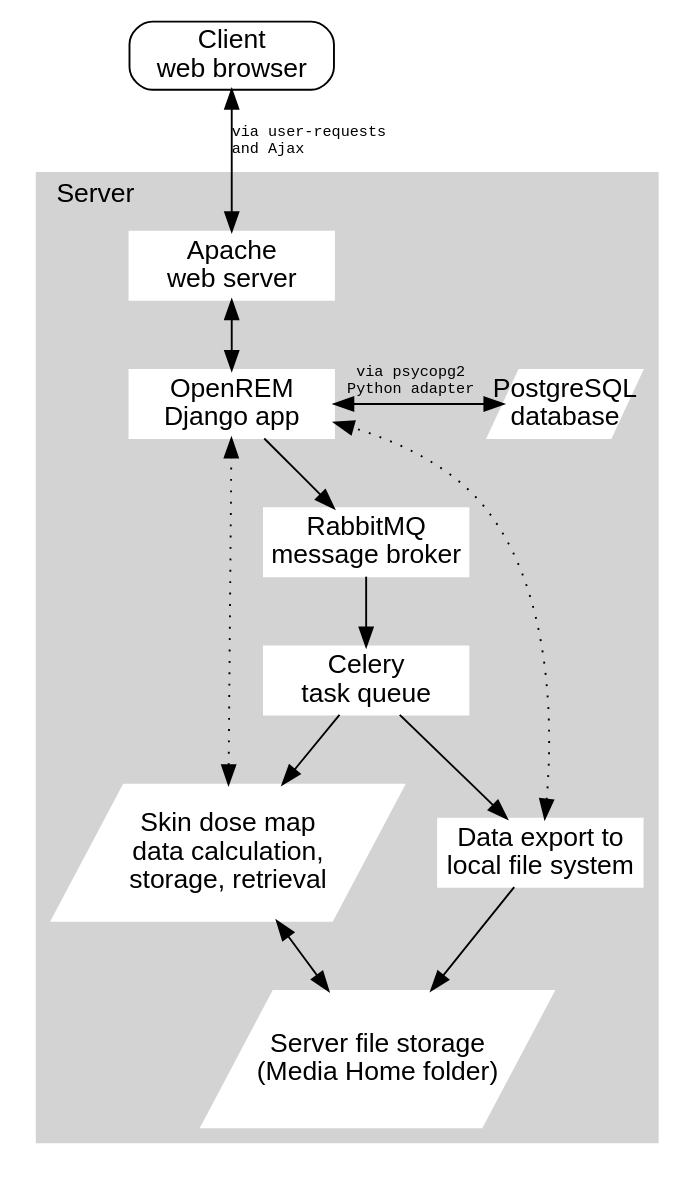
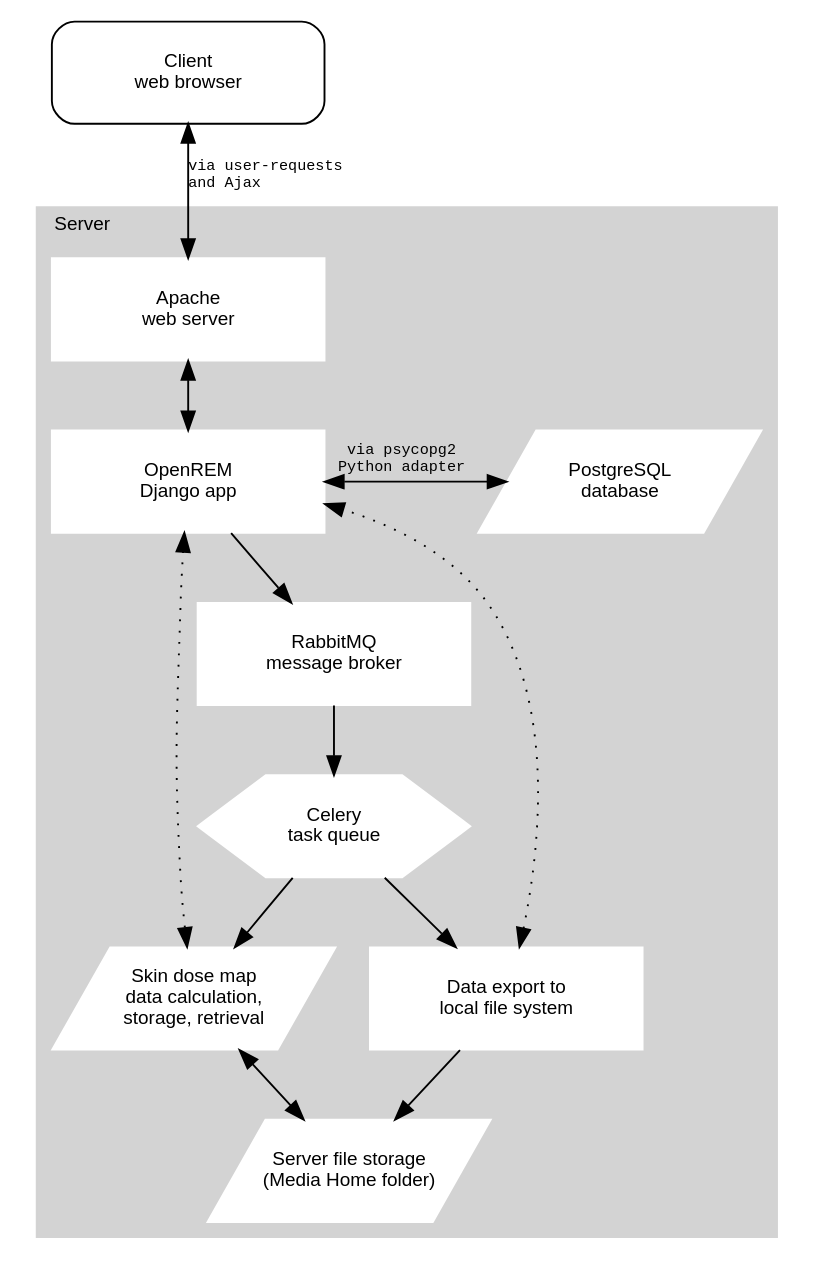
One commit to ckswilliams/modOpenREM changed the first of 2 diagrams in docs/testgraphviz.rst. Above: the diagram before and after it, drawn with Graphviz. The commit also changed other lines of this file, not shown here.

Commit message:
Updated size and shapes. Improved. Issue #448

```diff
--- a/docs/testgraphviz.rst
+++ b/docs/testgraphviz.rst
@@ -7,46 +7,47 @@
 .. graphviz::
 
    digraph {
-      node [fixedsize=true width=1.5];
+      node [fixedsize=true width=2.0 height=0.75 fontsize=10 margin="0.0,0.0"];
 
       // Define the things on the server
       subgraph cluster_server {
          label="Server";
          tooltip="The server";
          labeljust=l;
          fontname="Helvetica";
+         fontsize=10;
          style=filled;
          color=lightgrey;
          node [style=filled color=white];
 
          // Define the nodes
          webserver [label="Apache\nweb server" fontname="Helvetica" tooltip="Serve web pages to the user" shape="box"];
          python_django [label="OpenREM\nDjango app" fontname="Helvetica" tooltip="Python web framework" shape="box"];
-         database [label="PostgreSQL\ndatabase" fontname="Helvetica" tooltip="Relational database management system" shape="parallelogram" width="1.1"];
+         database [label="PostgreSQL\ndatabase" fontname="Helvetica" tooltip="Relational database management system" shape="parallelogram"];
          rabbitmq [label="RabbitMQ\nmessage broker" fontname="Helvetica" tooltip="Message broker" shape="box"];
-         celery [label="Celery\ntask queue" fontname="Helvetica" tooltip="Asynchronous task queue" shape="polygon sides=6"];
-         skin_dose_map_data [label="Skin dose map\ndata calculation,\nstorage, retrieval" fontname="Helvetica" tooltip="Calculate, store and retrieve skin dose map data" shape="parallelogram" width="2.5" height="1.0"];
-         server_media_folder [label="Server file storage\n(Media Home folder)" fontname="Helvetica" tooltip="File storage on the server" shape="parallelogram" width="2.5" height="1.0"];
+         celery [label="Celery\ntask queue" fontname="Helvetica" tooltip="Asynchronous task queue" shape="hexagon"];
+         skin_dose_map_data [label="Skin dose map\ndata calculation,\nstorage, retrieval" fontname="Helvetica" tooltip="Calculate, store and retrieve skin dose map data" shape="parallelogram"];
+         server_media_folder [label="Server file storage\n(Media Home folder)" fontname="Helvetica" tooltip="File storage on the server" shape="parallelogram"];
          data_export [label="Data export to\nlocal file system" fontname="Helvetica" tooltip="Files are made available to the user via a web page URL" shape="box"];
 
          // Define the links between the nodes
          webserver -> python_django [dir=both];
          python_django -> database [dir=both label="via psycopg2\nPython adapter" fontsize=8 fontname="Courier"];
          python_django -> rabbitmq;
          rabbitmq -> celery;
          celery -> skin_dose_map_data;
          celery -> data_export;
          skin_dose_map_data -> server_media_folder [dir=both];
          skin_dose_map_data -> python_django [style=dotted dir=both];
          data_export -> server_media_folder;
          data_export -> python_django [style=dotted dir=both];
 
          // Force python_django and the database to be on the same level
          {rank=same; python_django database}
          {rank=same; skin_dose_map_data data_export}
       }
 
       // Define the web browser
       web_browser [label="Client\nweb browser" fontname="Helvetica" tooltip="The user's web browser" shape="box" style=rounded];
       web_browser -> webserver [dir=both label="via user-requests\land Ajax\l" fontsize=8 fontname="Courier" tooltip="Ajax used to retrieve chart data"];
    }
```
